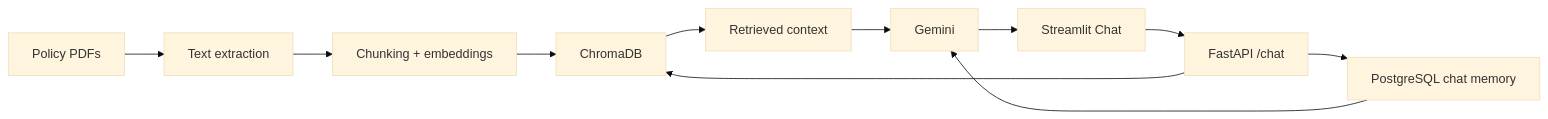
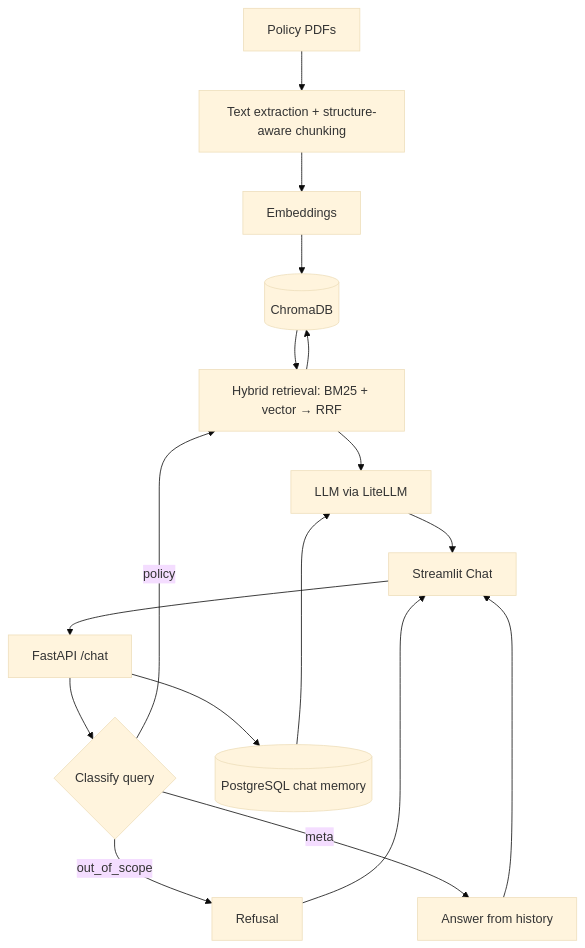
One commit to HardityaGhuman/aria changed the diagram in README.md. Above: the diagram before and after it, drawn with Mermaid (base theme). The commit also changed other lines of this file and 1 other file, not shown here.

Commit message:
Set Chroma to cosine distance after debugging, replaced hardcoded toc logic, refactored README

````diff
--- a/README.md
+++ b/README.md
@@ -33,13 +56,20 @@
 ```mermaid
-flowchart LR
-    A[Policy PDFs] --> B[Text extraction]
-    B --> C[Chunking + embeddings]
-    C --> D[ChromaDB]
+flowchart TD
+    A[Policy PDFs] --> B[Text extraction + structure-aware chunking]
+    B --> C[Embeddings]
+    C --> D[(ChromaDB)]
+
     E[Streamlit Chat] --> F[FastAPI /chat]
-    F --> D
-    F --> I[PostgreSQL chat memory]
-    D --> G[Retrieved context]
-    I --> H[Gemini]
-    G --> H[Gemini]
-    H --> E
+    F --> R{Classify query}
+    R -->|out_of_scope| X[Refusal]
+    R -->|meta| M[Answer from history]
+    R -->|policy| H[Hybrid retrieval: BM25 + vector → RRF]
+    H --> D
+    D --> H
+    F --> P[(PostgreSQL chat memory)]
+    H --> L[LLM via LiteLLM]
+    P --> L
+    L --> E
+    M --> E
+    X --> E
 ```
````
